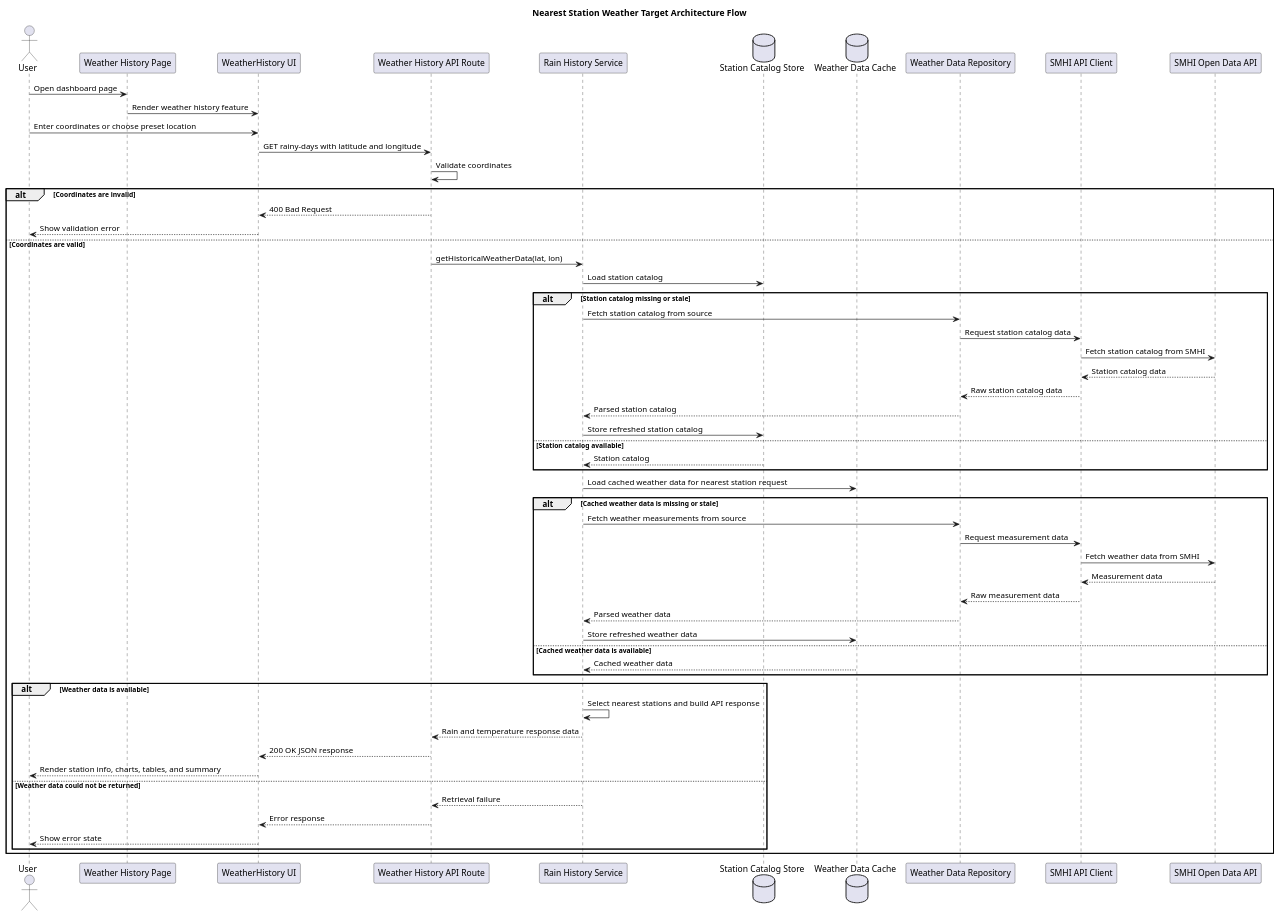
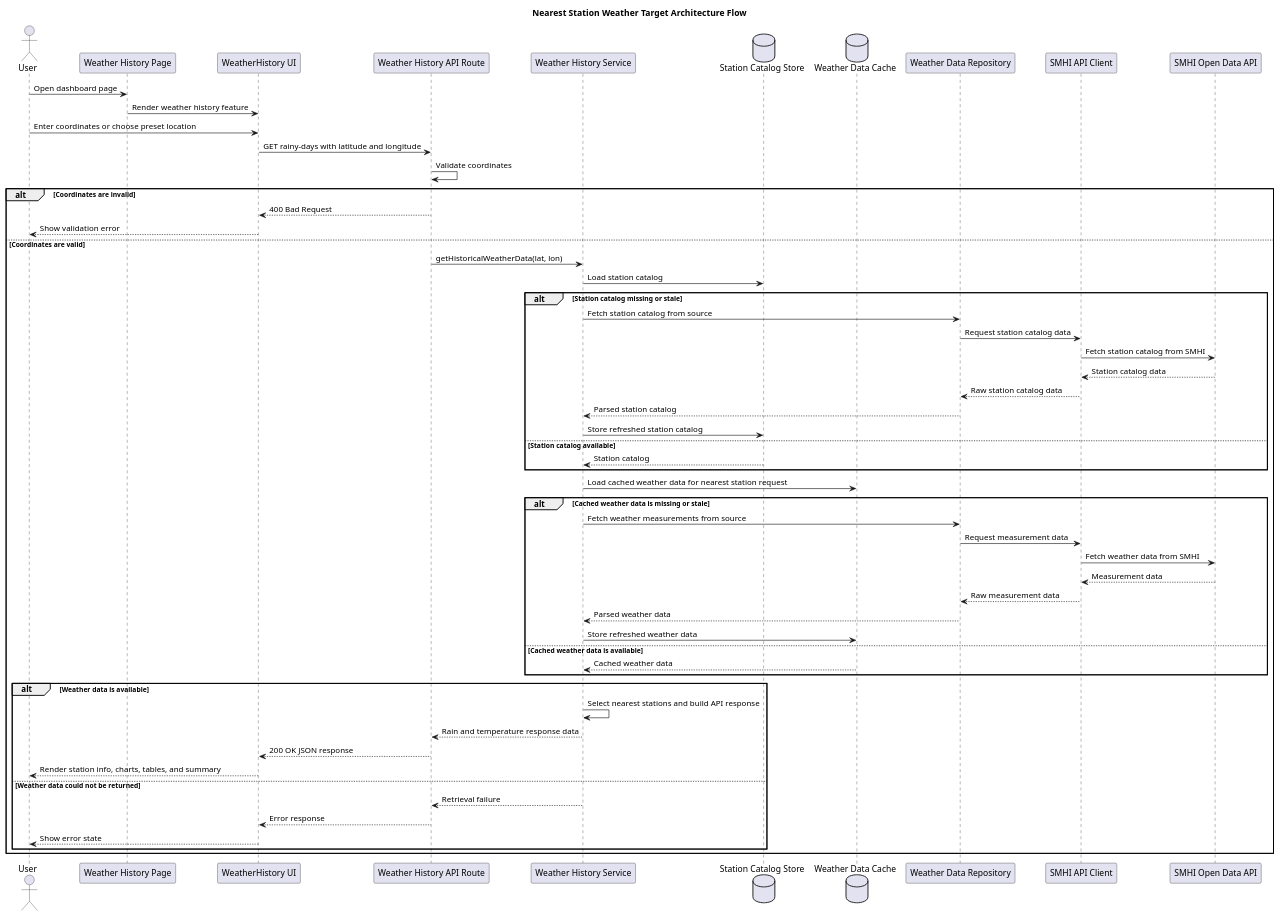
Before and after one commit to OscarFilip/mushroom-mood: the diagram in docs/uml/architecture-nearest-station-weather-target.puml, drawn with PlantUML. The commit also changed 40 other files, not shown here.

```diff
--- a/docs/uml/architecture-nearest-station-weather-target.puml
+++ b/docs/uml/architecture-nearest-station-weather-target.puml
@@ -1,71 +1,71 @@
 @startuml architecture-nearest-station-weather-target
 title Nearest Station Weather Target Architecture Flow
 
 ' note top of diagram
 ' Status: Planned
 ' Purpose: Persist station catalog and cache weather data so repeated requests do not always depend on live SMHI fetches.
 ' end note
 
 actor User
 participant "Weather History Page" as WeatherHistoryPage
 participant "WeatherHistory UI" as WeatherHistoryUi
 participant "Weather History API Route" as WeatherHistoryRoute
-participant "Rain History Service" as RainHistoryService
+participant "Weather History Service" as WeatherHistoryService
 database "Station Catalog Store" as StationCatalogStore
 database "Weather Data Cache" as WeatherDataCache
 participant "Weather Data Repository" as WeatherDataRepository
 participant "SMHI API Client" as SmhiApiClient
 participant "SMHI Open Data API" as SmhiOpenDataApi
 
 User -> WeatherHistoryPage: Open dashboard page
 WeatherHistoryPage -> WeatherHistoryUi: Render weather history feature
 User -> WeatherHistoryUi: Enter coordinates or choose preset location
 WeatherHistoryUi -> WeatherHistoryRoute: GET rainy-days with latitude and longitude
 WeatherHistoryRoute -> WeatherHistoryRoute: Validate coordinates
 
 alt Coordinates are invalid
   WeatherHistoryRoute --> WeatherHistoryUi: 400 Bad Request
   WeatherHistoryUi --> User: Show validation error
 else Coordinates are valid
-  WeatherHistoryRoute -> RainHistoryService: getHistoricalWeatherData(lat, lon)
-  RainHistoryService -> StationCatalogStore: Load station catalog
+  WeatherHistoryRoute -> WeatherHistoryService: getHistoricalWeatherData(lat, lon)
+  WeatherHistoryService -> StationCatalogStore: Load station catalog
 
   alt Station catalog missing or stale
-    RainHistoryService -> WeatherDataRepository: Fetch station catalog from source
+    WeatherHistoryService -> WeatherDataRepository: Fetch station catalog from source
     WeatherDataRepository -> SmhiApiClient: Request station catalog data
     SmhiApiClient -> SmhiOpenDataApi: Fetch station catalog from SMHI
     SmhiOpenDataApi --> SmhiApiClient: Station catalog data
     SmhiApiClient --> WeatherDataRepository: Raw station catalog data
-    WeatherDataRepository --> RainHistoryService: Parsed station catalog
-    RainHistoryService -> StationCatalogStore: Store refreshed station catalog
+    WeatherDataRepository --> WeatherHistoryService: Parsed station catalog
+    WeatherHistoryService -> StationCatalogStore: Store refreshed station catalog
   else Station catalog available
-    StationCatalogStore --> RainHistoryService: Station catalog
+    StationCatalogStore --> WeatherHistoryService: Station catalog
   end
 
-  RainHistoryService -> WeatherDataCache: Load cached weather data for nearest station request
+  WeatherHistoryService -> WeatherDataCache: Load cached weather data for nearest station request
 
   alt Cached weather data is missing or stale
-    RainHistoryService -> WeatherDataRepository: Fetch weather measurements from source
+    WeatherHistoryService -> WeatherDataRepository: Fetch weather measurements from source
     WeatherDataRepository -> SmhiApiClient: Request measurement data
     SmhiApiClient -> SmhiOpenDataApi: Fetch weather data from SMHI
     SmhiOpenDataApi --> SmhiApiClient: Measurement data
     SmhiApiClient --> WeatherDataRepository: Raw measurement data
-    WeatherDataRepository --> RainHistoryService: Parsed weather data
-    RainHistoryService -> WeatherDataCache: Store refreshed weather data
+    WeatherDataRepository --> WeatherHistoryService: Parsed weather data
+    WeatherHistoryService -> WeatherDataCache: Store refreshed weather data
   else Cached weather data is available
-    WeatherDataCache --> RainHistoryService: Cached weather data
+    WeatherDataCache --> WeatherHistoryService: Cached weather data
   end
 
   alt Weather data is available
-    RainHistoryService -> RainHistoryService: Select nearest stations and build API response
-    RainHistoryService --> WeatherHistoryRoute: Rain and temperature response data
+    WeatherHistoryService -> WeatherHistoryService: Select nearest stations and build API response
+    WeatherHistoryService --> WeatherHistoryRoute: Rain and temperature response data
     WeatherHistoryRoute --> WeatherHistoryUi: 200 OK JSON response
     WeatherHistoryUi --> User: Render station info, charts, tables, and summary
   else Weather data could not be returned
-    RainHistoryService --> WeatherHistoryRoute: Retrieval failure
+    WeatherHistoryService --> WeatherHistoryRoute: Retrieval failure
     WeatherHistoryRoute --> WeatherHistoryUi: Error response
     WeatherHistoryUi --> User: Show error state
   end
 end
 
 @enduml
```
